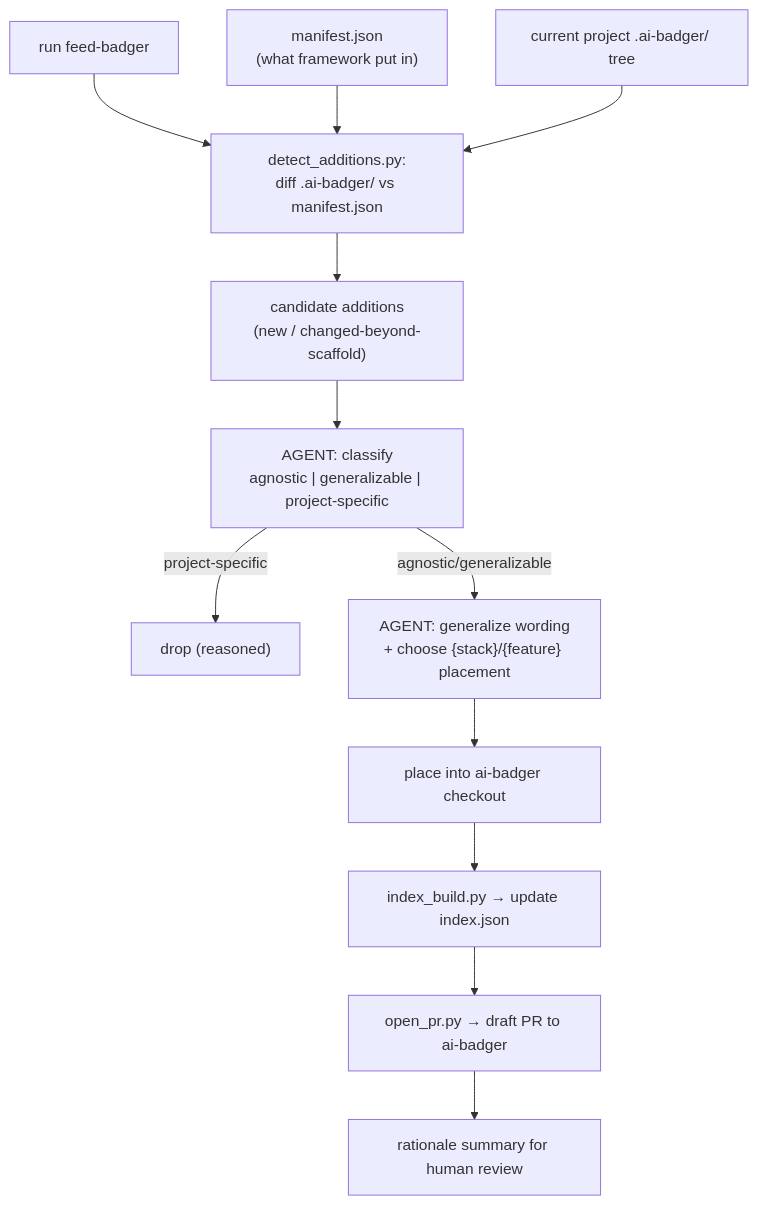
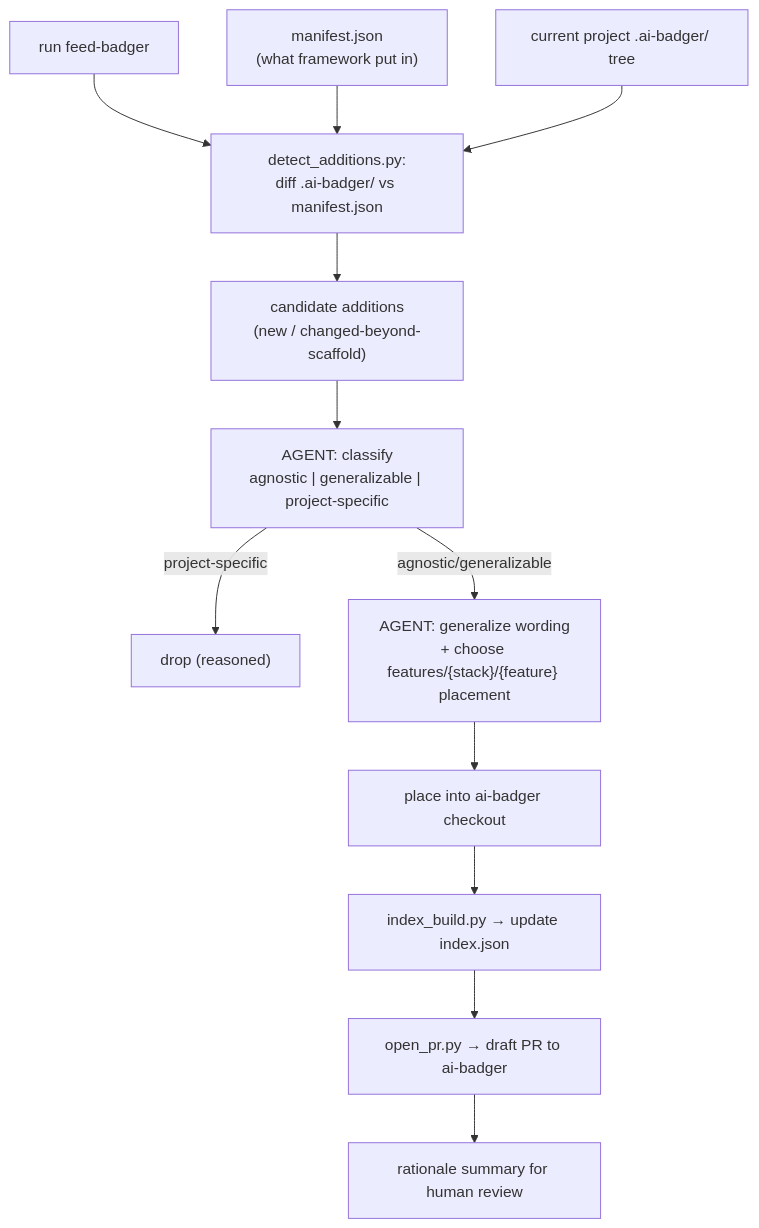
Before and after one commit to Arasz/ai-badger: the second of 2 diagrams in docs/framework-architecture.md, drawn with Mermaid. The commit also changed other lines of this file and 85 other files, not shown here.

````diff
--- a/docs/framework-architecture.md
+++ b/docs/framework-architecture.md
@@ -282,14 +308,14 @@
 ```mermaid
 flowchart TD
   A["run feed-badger"] --> B["detect_additions.py:\ndiff .ai-badger/ vs manifest.json"]
   MAN["manifest.json\n(what framework put in)"] --> B
   TREE["current project .ai-badger/ tree"] --> B
   B --> C["candidate additions\n(new / changed-beyond-scaffold)"]
   C --> D["AGENT: classify\nagnostic | generalizable | project-specific"]
   D -->|project-specific| X["drop (reasoned)"]
-  D -->|agnostic/generalizable| E["AGENT: generalize wording\n+ choose {stack}/{feature} placement"]
+  D -->|agnostic/generalizable| E["AGENT: generalize wording\n+ choose features/{stack}/{feature} placement"]
   E --> F["place into ai-badger checkout"]
   F --> G["index_build.py → update index.json"]
   G --> H["open_pr.py → draft PR to ai-badger"]
   H --> I["rationale summary for human review"]
 ```
````
